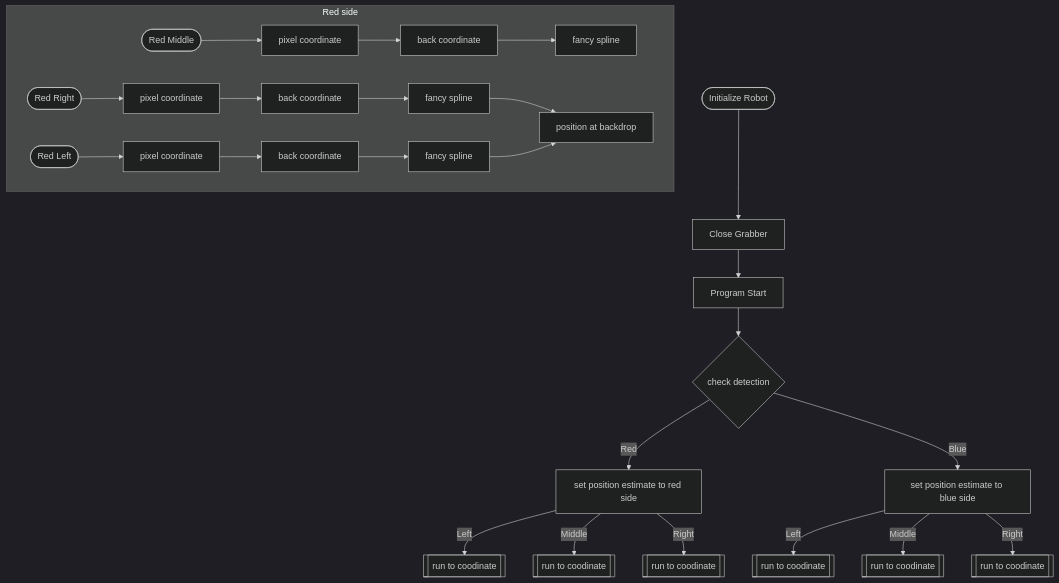
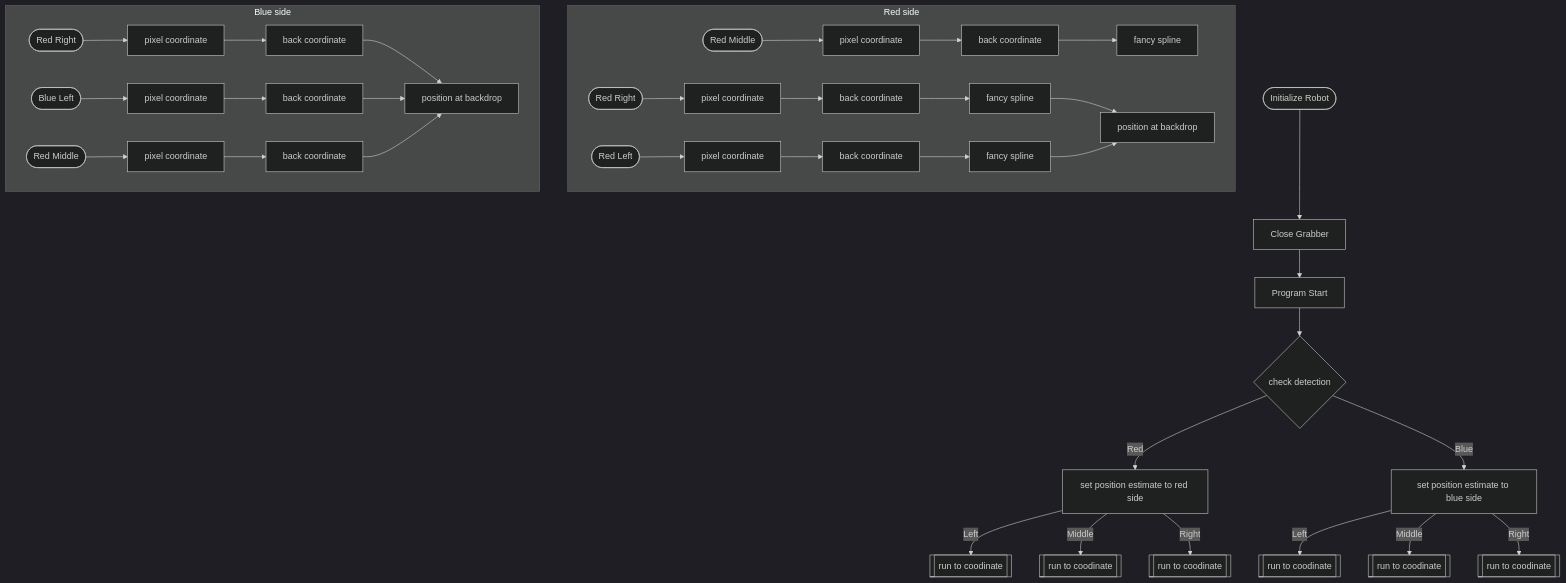
One commit to MammothMCII/MammothMCIICenterStage18203 changed the diagram in README.md. Above: the diagram before and after it, drawn with Mermaid (dark theme).

Commit message:
Update README.md
Better vision front diagram

````diff
--- a/README.md
+++ b/README.md
@@ -18,32 +18,45 @@
 ```mermaid
 graph TD
 Initialize([Initialize Robot]) --> a[Close Grabber]
 a --> b[Program Start]
 b --> c{check detection}
 c -- Red --> d[set position estimate to red side]
 d -- Left --> rl[[run to coodinate]]
 d -- Middle --> rm[[run to coodinate]]
 d -- Right --> rr[[run to coodinate]]
 
 c -- Blue --> e[set position estimate to blue side]
 e -- Left --> bl[[run to coodinate]]
 e -- Middle --> bm[[run to coodinate]]
 e -- Right --> br[[run to coodinate]]
 
 subgraph Red side
 RL([Red Left]) --> rl1[pixel coordinate]
 rl1 --> rl2[back coordinate]
 rl2 --> rl3[fancy spline]
 
 RM([Red Middle]) --> rm1[pixel coordinate]
 rm1 --> rm2[back coordinate]
 rm2 --> rm3[fancy spline]
 
 RR([Red Right]) --> rr1[pixel coordinate]
 rr1 --> rr2[back coordinate]
 rr2 --> rr3[fancy spline]
 
 rr3 & rl3 --> f[position at backdrop]
 end
 
+subgraph Blue side
+BL([Blue Left]) --> bl1[pixel coordinate]
+bl1 --> bl3[back coordinate]
+
+BM([Red Middle]) --> bm1[pixel coordinate]
+bm1 --> bm3[back coordinate]
+
+BR([Red Right]) --> br1[pixel coordinate]
+br1 --> br3[back coordinate]
+
+br3 & bl3 & bm3 --> fb[position at backdrop]
+end
+
 ```
````
